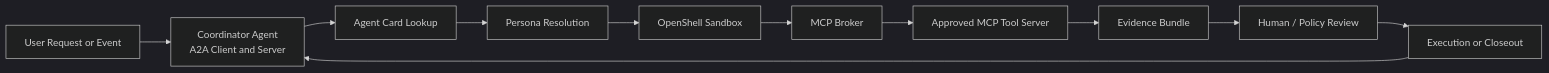
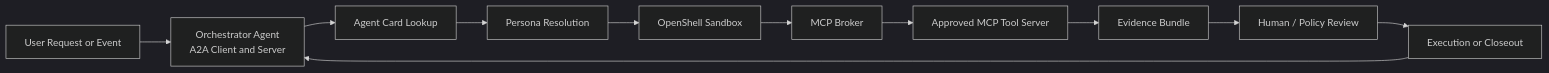
One commit to ColtMercer/the-agentic-network-platform changed the second of 12 diagrams in README.md. Above: the diagram before and after it, drawn with Mermaid (dark theme). The commit also changed other lines of this file and 8 other files, not shown here.

````diff
--- a/README.md
+++ b/README.md
@@ -187,24 +190,24 @@
 ```mermaid
 flowchart LR
     task[User Request or Event]
-    planner[Coordinator Agent<br/>A2A Client and Server]
+    planner[Orchestrator Agent<br/>A2A Client and Server]
     card[Agent Card Lookup]
     persona[Persona Resolution]
     sandbox[OpenShell Sandbox]
     broker[MCP Broker]
     tool[Approved MCP Tool Server]
     result[Evidence Bundle]
     review[Human / Policy Review]
     action[Execution or Closeout]
 
     task --> planner
     planner --> card
     card --> persona
     persona --> sandbox
     sandbox --> broker
     broker --> tool
     tool --> result
     result --> review
     review --> action
     action --> planner
 ```
````
